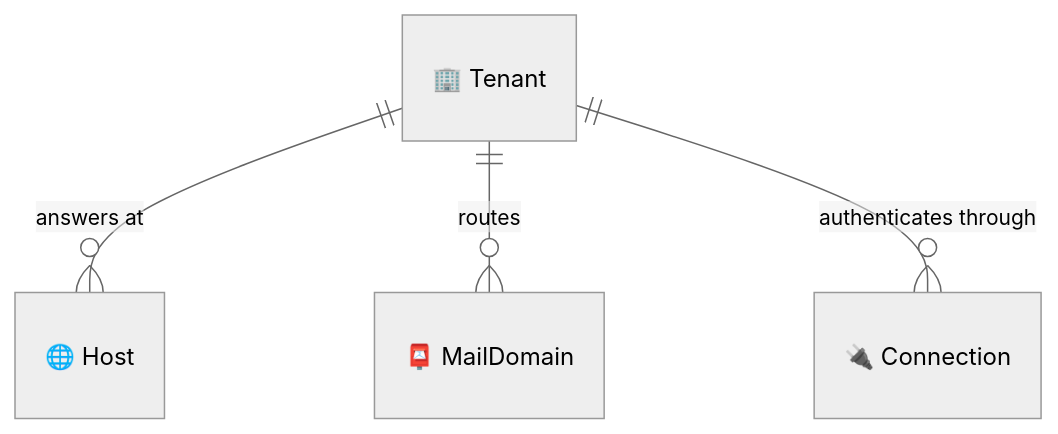
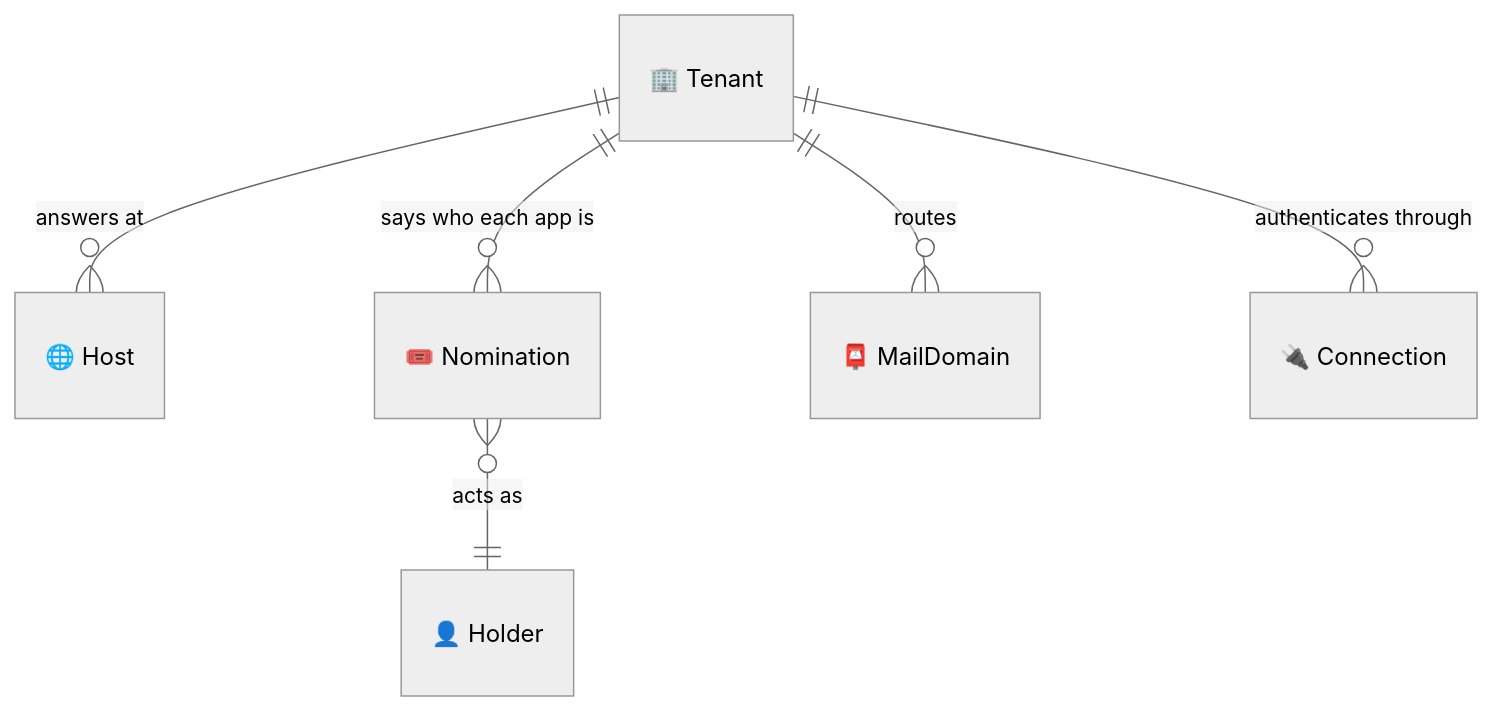
One commit to lesomnus/roster changed the seventh of 7 diagrams in docs/entity.md. Above: the diagram before and after it, drawn with Mermaid (neutral theme). The commit also changed other lines of this file and 77 other files, not shown here.

````diff
--- a/docs/entity.md
+++ b/docs/entity.md
@@ -482,6 +482,8 @@
 ```mermaid
 erDiagram
   "🏢 Tenant"  ||--o{  "🌐 Host" : "answers at"
+  "🏢 Tenant"  ||--o{  "🎟️ Nomination" : "says who each app is"
+  "🎟️ Nomination" }o--||  "👤 Holder" : "acts as"
   "🏢 Tenant"  ||--o{  "📮 MailDomain" : "routes"
   "🏢 Tenant"  ||--o{  "🔌 Connection" : "authenticates through"
 ```
````
